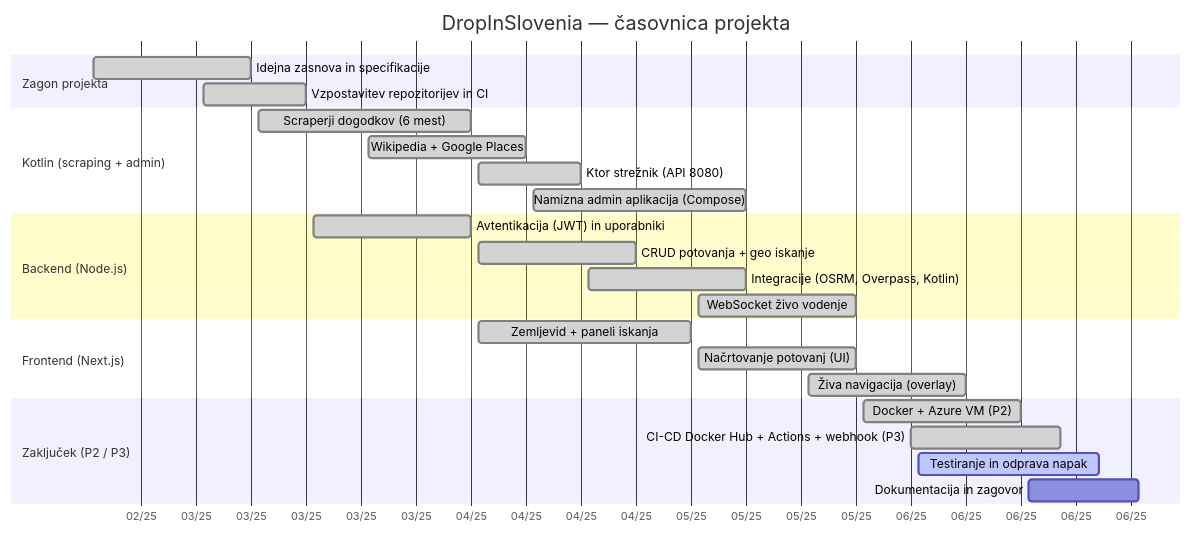
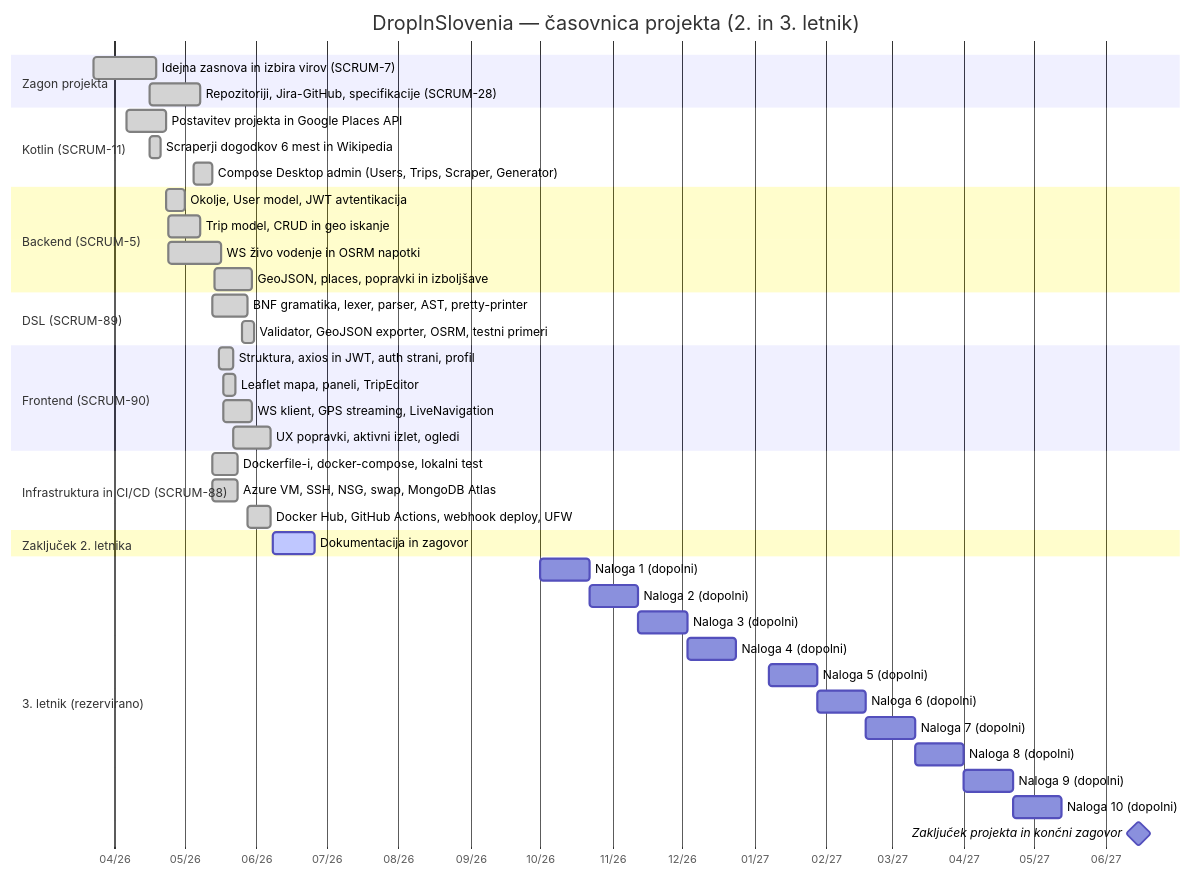
The first of 11 diagrams in DOKUMENTACIJA.md (DropInSlovenia/dokumentacija), drawn with Mermaid before and after one commit. The commit also changed other lines of this file, not shown here.

````diff
--- a/DOKUMENTACIJA.md
+++ b/DOKUMENTACIJA.md
@@ -72,33 +68,52 @@
 ```mermaid
 gantt
-    title DropInSlovenia — časovnica projekta
+    title DropInSlovenia — časovnica projekta (2. in 3. letnik)
     dateFormat  YYYY-MM-DD
     axisFormat  %m/%y
 
     section Zagon projekta
-    Idejna zasnova in specifikacije      :done,    spec, 2025-02-17, 2025-03-09
-    Vzpostavitev repozitorijev in CI      :done,    repo, 2025-03-03, 2025-03-16
+    Idejna zasnova in izbira virov (SCRUM-7)              :done, vir,   2026-03-23, 2026-04-19
+    Repozitoriji, Jira-GitHub, specifikacije (SCRUM-28)   :done, setup, 2026-04-16, 2026-05-08
 
-    section Kotlin (scraping + admin)
-    Scraperji dogodkov (6 mest)          :done,    scr,  2025-03-10, 2025-04-06
-    Wikipedia + Google Places            :done,    ext,  2025-03-24, 2025-04-13
-    Ktor strežnik (API 8080)             :done,    ktor, 2025-04-07, 2025-04-20
-    Namizna admin aplikacija (Compose)   :done,    desk, 2025-04-14, 2025-05-11
+    section Kotlin (SCRUM-11)
+    Postavitev projekta in Google Places API              :done, kt1, 2026-04-06, 2026-04-23
+    Scraperji dogodkov 6 mest in Wikipedia                :done, kt2, 2026-04-16, 2026-04-21
+    Compose Desktop admin (Users, Trips, Scraper, Generator) :done, kt3, 2026-05-05, 2026-05-13
 
-    section Backend (Node.js)
-    Avtentikacija (JWT) in uporabniki    :done,    auth, 2025-03-17, 2025-04-06
-    CRUD potovanja + geo iskanje         :done,    trip, 2025-04-07, 2025-04-27
-    Integracije (OSRM, Overpass, Kotlin) :done,    intg, 2025-04-21, 2025-05-11
-    WebSocket živo vodenje               :done,    ws,   2025-05-05, 2025-05-25
+    section Backend (SCRUM-5)
+    Okolje, User model, JWT avtentikacija                 :done, be1, 2026-04-23, 2026-05-01
+    Trip model, CRUD in geo iskanje                       :done, be2, 2026-04-24, 2026-05-08
+    WS živo vodenje in OSRM napotki                       :done, be3, 2026-04-24, 2026-05-17
+    GeoJSON, places, popravki in izboljšave               :done, be4, 2026-05-14, 2026-05-30
 
-    section Frontend (Next.js)
-    Zemljevid + paneli iskanja           :done,    map,  2025-04-07, 2025-05-04
-    Načrtovanje potovanj (UI)            :done,    plan, 2025-05-05, 2025-05-25
-    Živa navigacija (overlay)            :done,    live, 2025-05-19, 2025-06-08
+    section DSL (SCRUM-89)
+    BNF gramatika, lexer, parser, AST, pretty-printer     :done, dsl1, 2026-05-13, 2026-05-28
+    Validator, GeoJSON exporter, OSRM, testni primeri     :done, dsl2, 2026-05-26, 2026-05-31
 
-    section Zaključek (P2 / P3)
-    Docker + Azure VM (P2)               :done,    dep,  2025-05-26, 2025-06-15
-    CI-CD Docker Hub + Actions + webhook (P3) :done, cicd, 2025-06-01, 2025-06-20
-    Testiranje in odprava napak          :active,  test, 2025-06-02, 2025-06-25
-    Dokumentacija in zagovor             :         doc,  2025-06-16, 2025-06-30
+    section Frontend (SCRUM-90)
+    Struktura, axios in JWT, auth strani, profil          :done, fe1, 2026-05-16, 2026-05-22
+    Leaflet mapa, paneli, TripEditor                      :done, fe2, 2026-05-18, 2026-05-23
+    WS klient, GPS streaming, LiveNavigation              :done, fe3, 2026-05-18, 2026-05-30
+    UX popravki, aktivni izlet, ogledi                    :done, fe4, 2026-05-22, 2026-06-07
+
+    section Infrastruktura in CI/CD (SCRUM-88)
+    Dockerfile-i, docker-compose, lokalni test            :done, inf1, 2026-05-13, 2026-05-24
+    Azure VM, SSH, NSG, swap, MongoDB Atlas               :done, inf2, 2026-05-13, 2026-05-24
+    Docker Hub, GitHub Actions, webhook deploy, UFW       :done, inf3, 2026-05-28, 2026-06-07
+
+    section Zaključek 2. letnika
+    Dokumentacija in zagovor                              :active, doc, 2026-06-08, 2026-06-26
+
+    section 3. letnik (rezervirano)
+    Naloga 1 (dopolni)                                    :t1,  2026-10-01, 21d
+    Naloga 2 (dopolni)                                    :t2,  2026-10-22, 21d
+    Naloga 3 (dopolni)                                    :t3,  2026-11-12, 21d
+    Naloga 4 (dopolni)                                    :t4,  2026-12-03, 21d
+    Naloga 5 (dopolni)                                    :t5,  2027-01-07, 21d
+    Naloga 6 (dopolni)                                    :t6,  2027-01-28, 21d
+    Naloga 7 (dopolni)                                    :t7,  2027-02-18, 21d
+    Naloga 8 (dopolni)                                    :t8,  2027-03-11, 21d
+    Naloga 9 (dopolni)                                    :t9,  2027-04-01, 21d
+    Naloga 10 (dopolni)                                   :t10, 2027-04-22, 21d
+    Zaključek projekta in končni zagovor                  :milestone, konec, 2027-06-15, 0d
 ```
````
